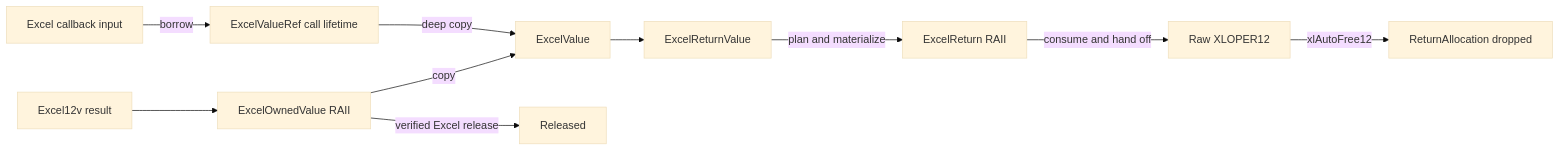
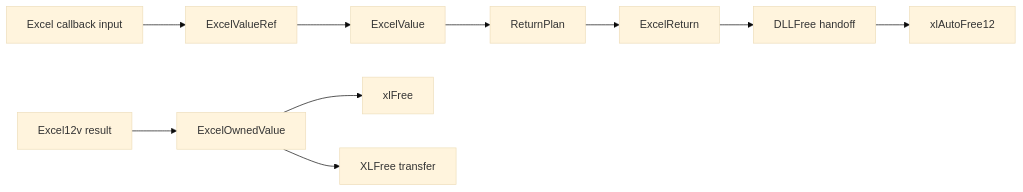
Before and after one commit to evnekdev/excel-api: the diagram in docs/diagrams/memory-ownership-model.md, drawn with Mermaid (base theme). The commit also changed other lines of this file and 96 other files, not shown here.

````diff
--- a/docs/diagrams/memory-ownership-model.md
+++ b/docs/diagrams/memory-ownership-model.md
@@ -3,12 +1,12 @@
 ```mermaid
 flowchart LR
-    A[Excel callback input] -->|borrow| B[ExcelValueRef call lifetime]
-    B -->|deep copy| C[ExcelValue]
-    C --> D[ExcelReturnValue]
-    D -->|plan and materialize| E[ExcelReturn RAII]
-    E -->|consume and hand off| F[Raw XLOPER12]
-    F -->|xlAutoFree12| G[ReturnAllocation dropped]
-    H[Excel12v result] --> I[ExcelOwnedValue RAII]
-    I -->|copy| C
-    I -->|verified Excel release| J[Released]
+IN[Excel callback input] --> BORROW[ExcelValueRef]
+BORROW --> OWN[ExcelValue]
+OWN --> PLAN[ReturnPlan]
+PLAN --> RET[ExcelReturn]
+RET --> DLL[DLLFree handoff]
+DLL --> AF[xlAutoFree12]
+API[Excel12v result] --> EXOWN[ExcelOwnedValue]
+EXOWN --> FREE[xlFree]
+EXOWN --> XLF[XLFree transfer]
 ```
````
